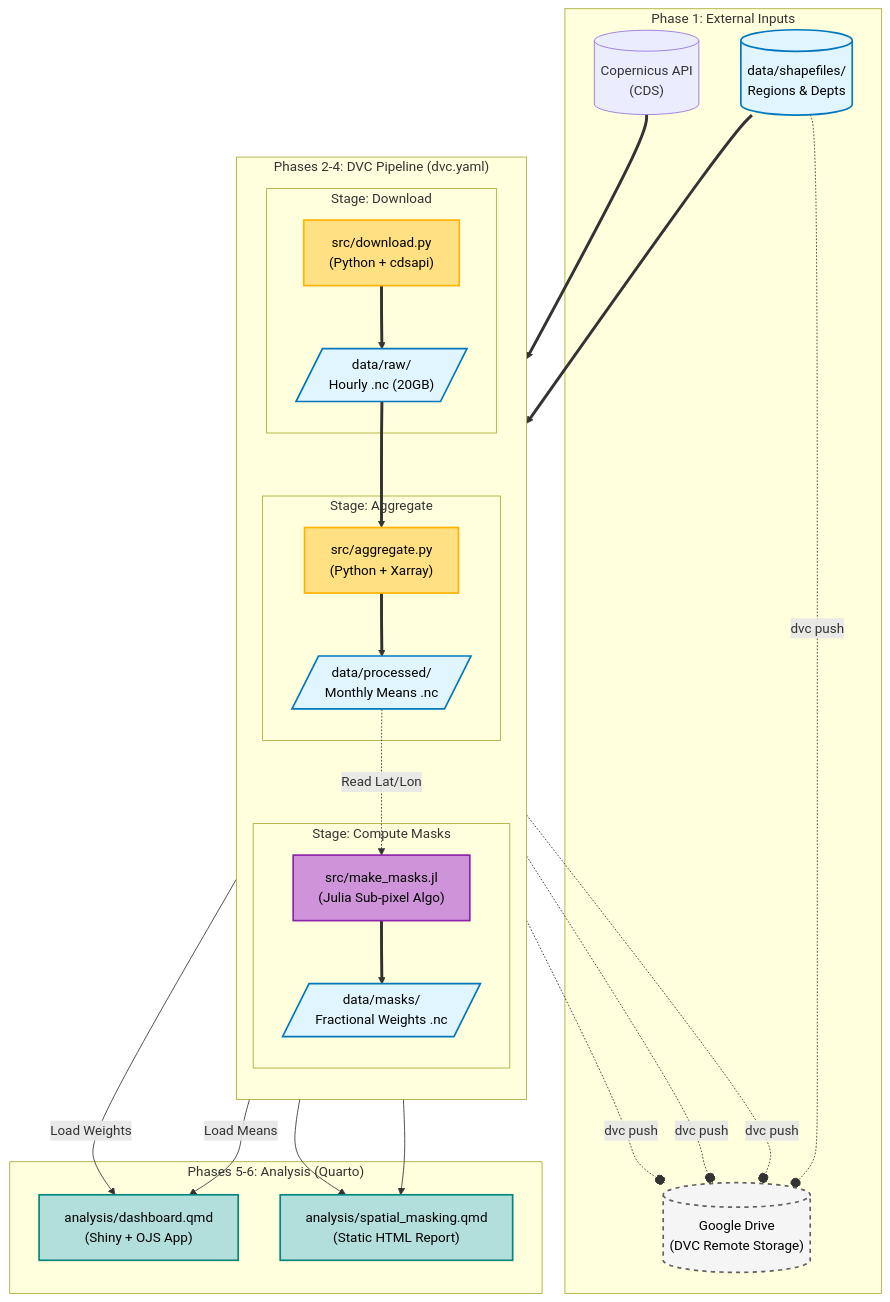
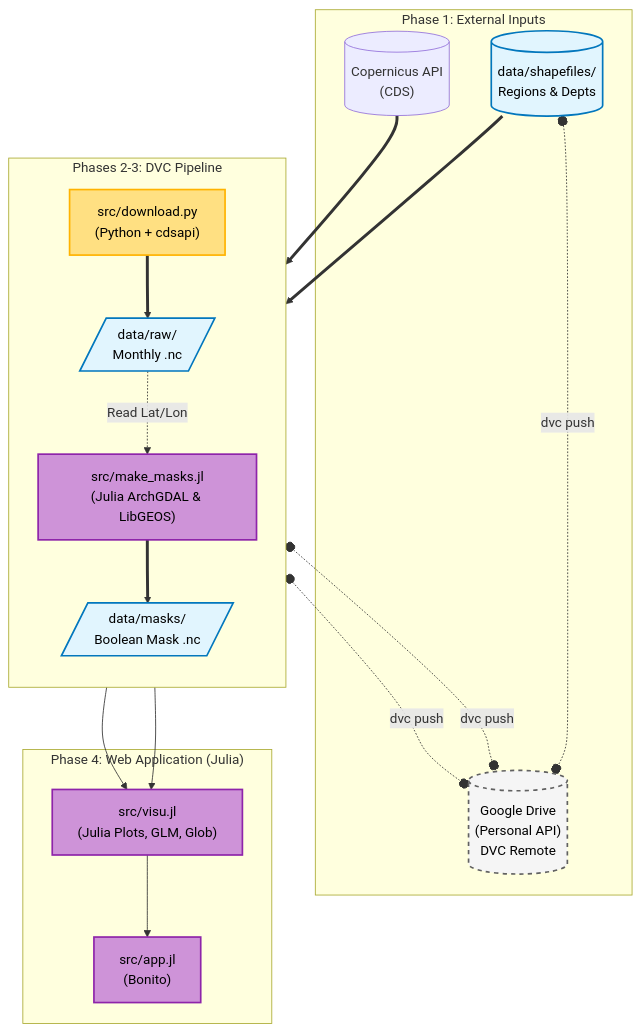
One commit to loic-mmt/Analyse_Meteo changed the diagram in Aides-Schémas-Pipelines/plan2malade.mmd. Above: the diagram before and after it, drawn with Mermaid. The commit also changed 2 other files, not shown here.

```diff
--- a/Aides-Schémas-Pipelines/plan2malade.mmd
+++ b/Aides-Schémas-Pipelines/plan2malade.mmd
@@ -1,70 +1,59 @@
 graph TD
     %% --- Styles ---
     classDef python fill:#ffe082,stroke:#ffb300,stroke-width:2px,color:black;
     classDef julia fill:#ce93d8,stroke:#8e24aa,stroke-width:2px,color:black;
     classDef data fill:#e1f5fe,stroke:#0277bd,stroke-width:2px,color:black;
     classDef dvc fill:#f5f5f5,stroke:#616161,stroke-width:2px,stroke-dasharray: 5 5,color:black;
-    classDef quarto fill:#b2dfdb,stroke:#00897b,stroke-width:2px,color:black;
 
     %% --- External Resources ---
     subgraph External_Resources ["Phase 1: External Inputs"]
         API[("Copernicus API<br>(CDS)")]
         Shapefiles[("data/shapefiles/<br>Regions & Depts")]:::data
-        GDrive[("Google Drive<br>(DVC Remote Storage)")]:::dvc
+        
+        %% DVC Remote with Personal API
+        GDrive[("Google Drive<br>(Personal API)<br>DVC Remote")]:::dvc
     end
 
     %% --- DVC Pipeline (The Core) ---
-    subgraph DVC_Orchestrator ["Phases 2-4: DVC Pipeline (dvc.yaml)"]
+    subgraph DVC_Orchestrator ["Phases 2-3: DVC Pipeline"]
         direction TB
+        
+        %% Step 1: Download
+        Py_DL["src/download.py<br>(Python + cdsapi)"]:::python
+        Raw_Data[/"data/raw/<br>Monthly .nc"/]:::data
+        
+        %% Step 2: Masks (Julia)
+        Jl_Mask["src/make_masks.jl<br>(Julia ArchGDAL & LibGEOS)"]:::julia
+        Mask_Data[/"data/masks/<br>Boolean Mask .nc"/]:::data
 
-        %% Stage 1: Ingestion
-        subgraph Stage_Ingestion ["Stage: Download"]
-            Py_DL["src/download.py<br>(Python + cdsapi)"]:::python
-            Raw_Data[/"data/raw/<br>Hourly .nc (20GB)"/]:::data
-        end
+        %% Step 3: Static Visualization (Julia)
 
-        %% Stage 2: Aggregation
-        subgraph Stage_Aggregation ["Stage: Aggregate"]
-            Py_Agg["src/aggregate.py<br>(Python + Xarray)"]:::python
-            Proc_Data[/"data/processed/<br>Monthly Means .nc"/]:::data
-        end
-
-        %% Stage 3: Geometry (Julia)
-        subgraph Stage_Geometry ["Stage: Compute Masks"]
-            Jl_Mask["src/make_masks.jl<br>(Julia Sub-pixel Algo)"]:::julia
-            Mask_Data[/"data/masks/<br>Fractional Weights .nc"/]:::data
-        end
     end
 
-    %% --- Analysis & Product ---
-    subgraph Product_Layer ["Phases 5-6: Analysis (Quarto)"]
-        Report["analysis/spatial_masking.qmd<br>(Static HTML Report)"]:::quarto
-        Dashboard["analysis/dashboard.qmd<br>(Shiny + OJS App)"]:::quarto
+    %% --- Final Product (Bonito) ---
+    subgraph App_Layer ["Phase 4: Web Application (Julia)"]
+        Jl_App["src/app.jl<br>(Bonito)"]:::julia
+        Jl_Visu["src/visu.jl<br>(Julia Plots, GLM, Glob)"]:::julia
     end
-
     %% --- Connections ---
     
     %% Data Flow
     API ==> Py_DL
     Py_DL ==> Raw_Data
     
-    Raw_Data ==> Py_Agg
-    Py_Agg ==> Proc_Data
-    
-    %% Julia needs Shapefiles AND Grid coordinates from processed data
+    %% Geometry
     Shapefiles ==> Jl_Mask
-    Proc_Data -.->|"Read Lat/Lon"| Jl_Mask
+    Raw_Data -.->|"Read Lat/Lon"| Jl_Mask
     Jl_Mask ==> Mask_Data
 
-    %% Dashboard Logic (The Inputs)
-    Proc_Data --> Report
-    Mask_Data --> Report
+    %% Static Viz Flow
+    Raw_Data --> Jl_Visu
+    Mask_Data --> Jl_Visu
     
-    Proc_Data -->|"Load Means"| Dashboard
-    Mask_Data -->|"Load Weights"| Dashboard
+    %% Web App Flow
+    Jl_Visu --> Jl_App
 
-    %% DVC Sync (Phase 7)
-    Raw_Data -.-o|"dvc push"| GDrive
-    Proc_Data -.-o|"dvc push"| GDrive
-    Mask_Data -.-o|"dvc push"| GDrive
-    Shapefiles -.-o|"dvc push"| GDrive
+    %% DVC Sync (Personal API)
+    Raw_Data o-.-o|"dvc push"| GDrive
+    Mask_Data o-.-o|"dvc push"| GDrive
+    Shapefiles o-.-o|"dvc push"| GDrive
```
